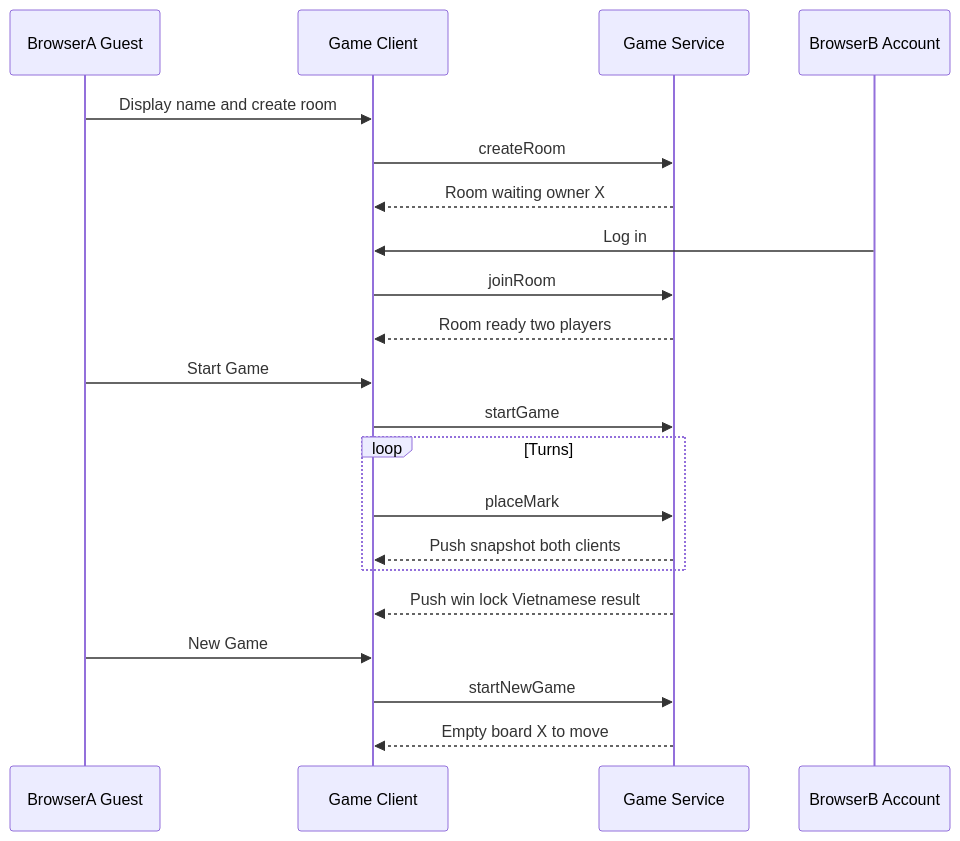
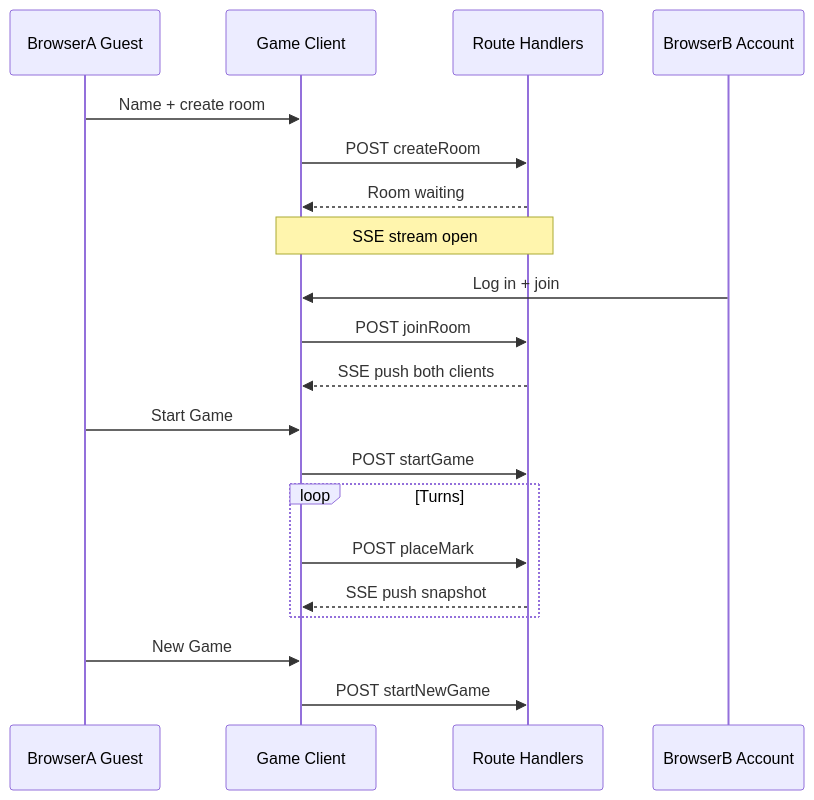
The third of 3 diagrams in docs/software-architecture-document.md (hoangnd-dev/voodoo-ai-native), drawn with Mermaid before and after one commit. The commit also changed other lines of this file and 23 other files, not shown here.

````diff
--- a/docs/software-architecture-document.md
+++ b/docs/software-architecture-document.md
@@ -349,23 +388,22 @@
 ```mermaid
 sequenceDiagram
     participant A as BrowserA Guest
     participant C as Game Client
-    participant G as Game Service
+    participant R as Route Handlers
     participant B as BrowserB Account
-    A->>C: Display name and create room
-    C->>G: createRoom
-    G-->>C: Room waiting owner X
-    B->>C: Log in
-    C->>G: joinRoom
-    G-->>C: Room ready two players
+    A->>C: Name + create room
+    C->>R: POST createRoom
+    R-->>C: Room waiting
+    Note over C,R: SSE stream open
+    B->>C: Log in + join
+    C->>R: POST joinRoom
+    R-->>C: SSE push both clients
     A->>C: Start Game
-    C->>G: startGame
+    C->>R: POST startGame
     loop Turns
-        C->>G: placeMark
-        G-->>C: Push snapshot both clients
+        C->>R: POST placeMark
+        R-->>C: SSE push snapshot
     end
-    G-->>C: Push win lock Vietnamese result
     A->>C: New Game
-    C->>G: startNewGame
-    G-->>C: Empty board X to move
+    C->>R: POST startNewGame
 ```
````
